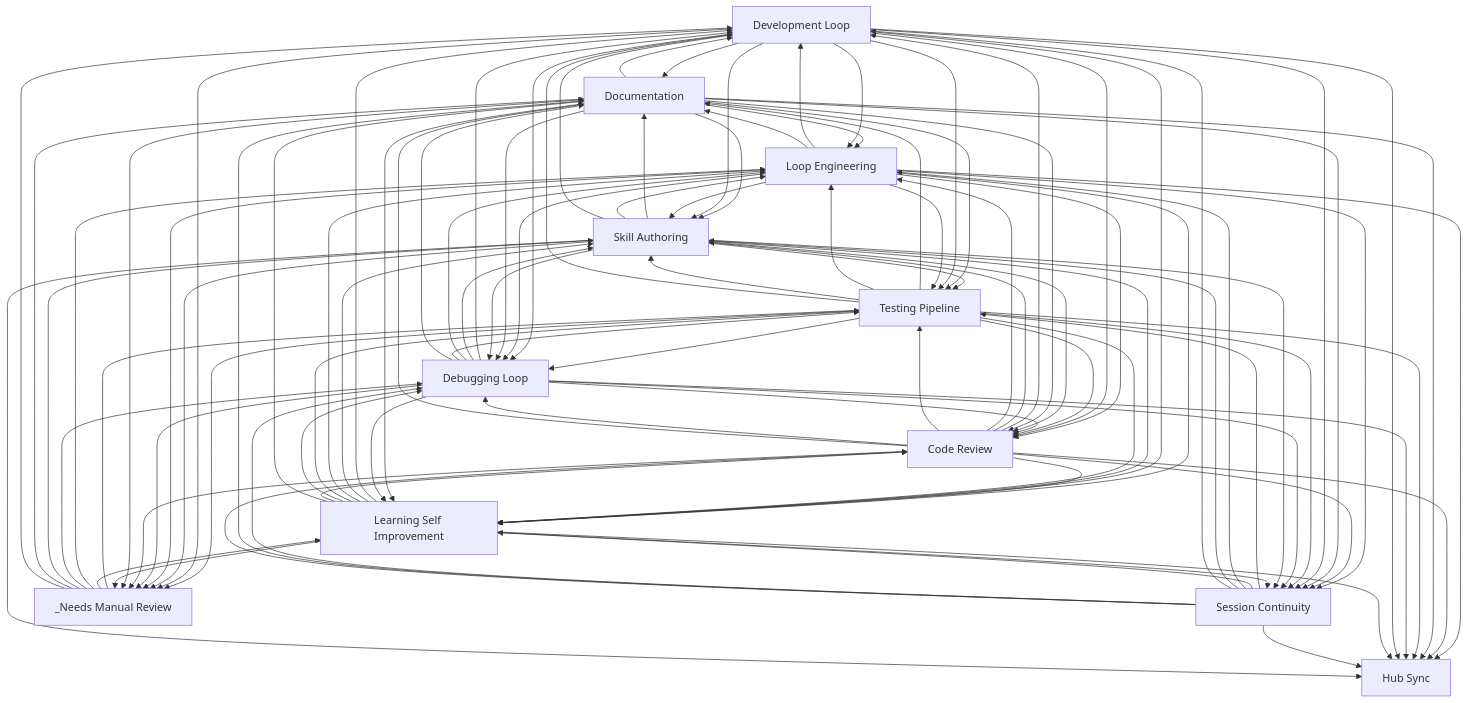
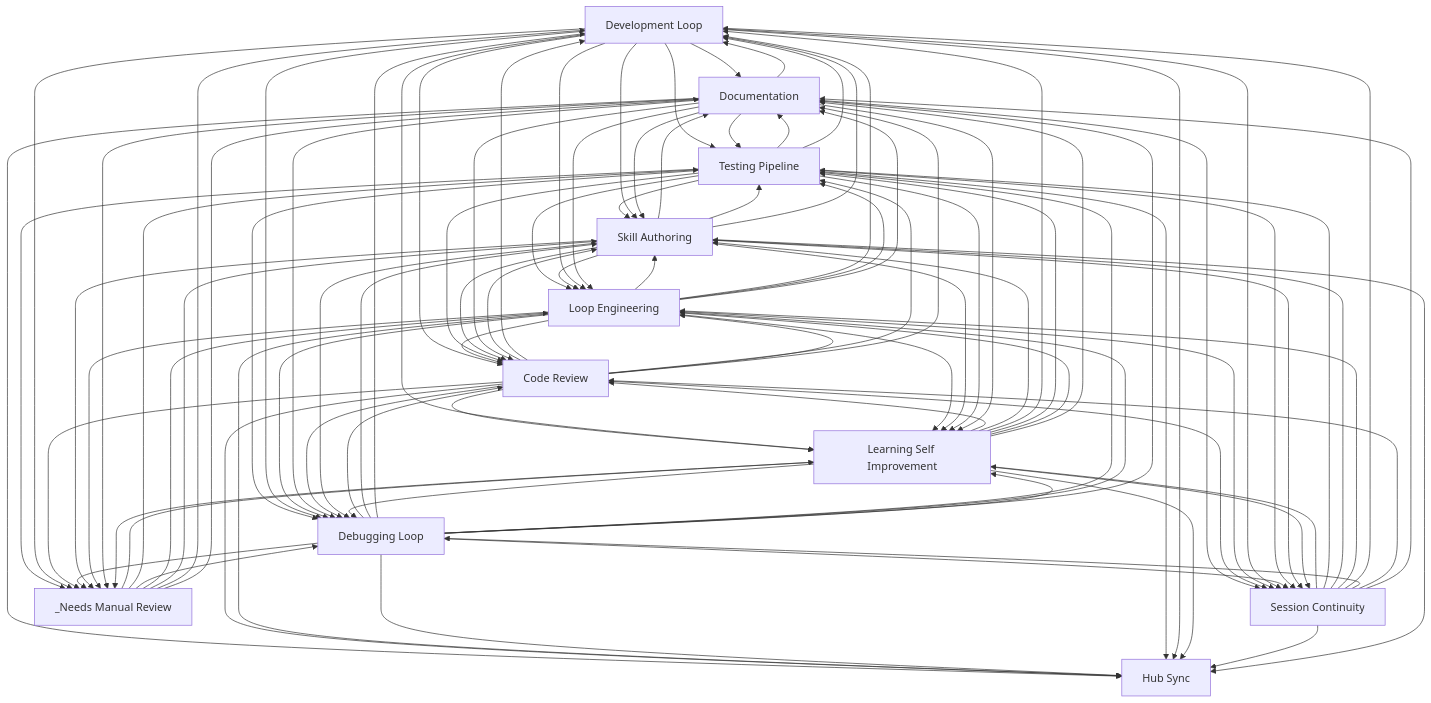
One commit to abhayla/claude-best-practices changed the diagram in docs/workflows/INDEX.md. Above: the diagram before and after it, drawn with Mermaid. The commit also changed other lines of this file and 18 other files, not shown here.

````diff
--- a/docs/workflows/INDEX.md
+++ b/docs/workflows/INDEX.md
@@ -36,36 +36,36 @@
     testing_pipeline --> documentation
     skill_authoring --> documentation
     development_loop --> documentation
+    testing_pipeline --> skill_authoring
     testing_pipeline --> loop_engineering
-    testing_pipeline --> skill_authoring
+    skill_authoring --> testing_pipeline
     skill_authoring --> loop_engineering
-    skill_authoring --> testing_pipeline
-    documentation --> loop_engineering
+    development_loop --> testing_pipeline
+    development_loop --> skill_authoring
+    development_loop --> loop_engineering
     documentation --> testing_pipeline
     documentation --> skill_authoring
-    development_loop --> loop_engineering
-    development_loop --> testing_pipeline
-    development_loop --> skill_authoring
+    documentation --> loop_engineering
+    code_review --> skill_authoring
+    code_review --> development_loop
+    code_review --> testing_pipeline
+    code_review --> loop_engineering
+    development_loop --> code_review
+    loop_engineering --> code_review
+    loop_engineering --> skill_authoring
     loop_engineering --> development_loop
-    loop_engineering --> skill_authoring
     loop_engineering --> testing_pipeline
-    loop_engineering --> code_review
-    code_review --> development_loop
-    code_review --> skill_authoring
-    code_review --> loop_engineering
-    code_review --> testing_pipeline
-    development_loop --> code_review
-    loop_engineering --> learning_self_improvement
     code_review --> learning_self_improvement
     development_loop --> learning_self_improvement
+    loop_engineering --> learning_self_improvement
     testing_pipeline --> development_loop
     testing_pipeline --> debugging_loop
     testing_pipeline --> code_review
+    debugging_loop --> code_review
+    debugging_loop --> skill_authoring
     debugging_loop --> development_loop
-    debugging_loop --> skill_authoring
+    debugging_loop --> testing_pipeline
     debugging_loop --> loop_engineering
-    debugging_loop --> testing_pipeline
-    debugging_loop --> code_review
     development_loop --> debugging_loop
     documentation --> development_loop
     loop_engineering --> debugging_loop
@@ -76,57 +76,57 @@
     testing_pipeline --> learning_self_improvement
     testing_pipeline --> _needs_manual_review
     development_loop --> _needs_manual_review
+    documentation --> code_review
+    documentation --> debugging_loop
     code_review --> debugging_loop
-    documentation --> debugging_loop
-    documentation --> code_review
+    documentation --> hub_sync
+    documentation --> session_continuity
+    documentation --> learning_self_improvement
+    code_review --> hub_sync
+    code_review --> session_continuity
+    code_review --> documentation
+    loop_engineering --> hub_sync
     loop_engineering --> session_continuity
-    loop_engineering --> hub_sync
-    code_review --> session_continuity
-    code_review --> hub_sync
-    code_review --> documentation
-    documentation --> session_continuity
-    documentation --> hub_sync
-    documentation --> learning_self_improvement
+    session_continuity --> learning_self_improvement
     session_continuity --> testing_pipeline
-    session_continuity --> learning_self_improvement
     development_loop --> session_continuity
+    _needs_manual_review --> learning_self_improvement
     _needs_manual_review --> testing_pipeline
-    _needs_manual_review --> learning_self_improvement
-    testing_pipeline --> session_continuity
     debugging_loop --> session_continuity
     debugging_loop --> learning_self_improvement
-    testing_pipeline --> hub_sync
+    testing_pipeline --> session_continuity
     debugging_loop --> hub_sync
     debugging_loop --> documentation
+    testing_pipeline --> hub_sync
     development_loop --> hub_sync
     skill_authoring --> session_continuity
     skill_authoring --> debugging_loop
+    _needs_manual_review --> debugging_loop
     _needs_manual_review --> loop_engineering
-    _needs_manual_review --> debugging_loop
+    learning_self_improvement --> code_review
+    learning_self_improvement --> debugging_loop
+    learning_self_improvement --> skill_authoring
     learning_self_improvement --> development_loop
-    learning_self_improvement --> skill_authoring
+    learning_self_improvement --> testing_pipeline
     learning_self_improvement --> loop_engineering
-    learning_self_improvement --> testing_pipeline
-    learning_self_improvement --> debugging_loop
-    learning_self_improvement --> code_review
+    code_review --> _needs_manual_review
+    debugging_loop --> _needs_manual_review
     skill_authoring --> _needs_manual_review
     loop_engineering --> _needs_manual_review
-    debugging_loop --> _needs_manual_review
-    code_review --> _needs_manual_review
     _needs_manual_review --> skill_authoring
+    _needs_manual_review --> development_loop
     _needs_manual_review --> documentation
-    _needs_manual_review --> development_loop
     learning_self_improvement --> session_continuity
     documentation --> _needs_manual_review
+    session_continuity --> skill_authoring
     session_continuity --> loop_engineering
-    session_continuity --> skill_authoring
     learning_self_improvement --> hub_sync
     learning_self_improvement --> documentation
     session_continuity --> development_loop
     session_continuity --> debugging_loop
+    session_continuity --> code_review
     session_continuity --> hub_sync
     session_continuity --> documentation
-    session_continuity --> code_review
     skill_authoring --> hub_sync
     learning_self_improvement --> _needs_manual_review
 ```
````
